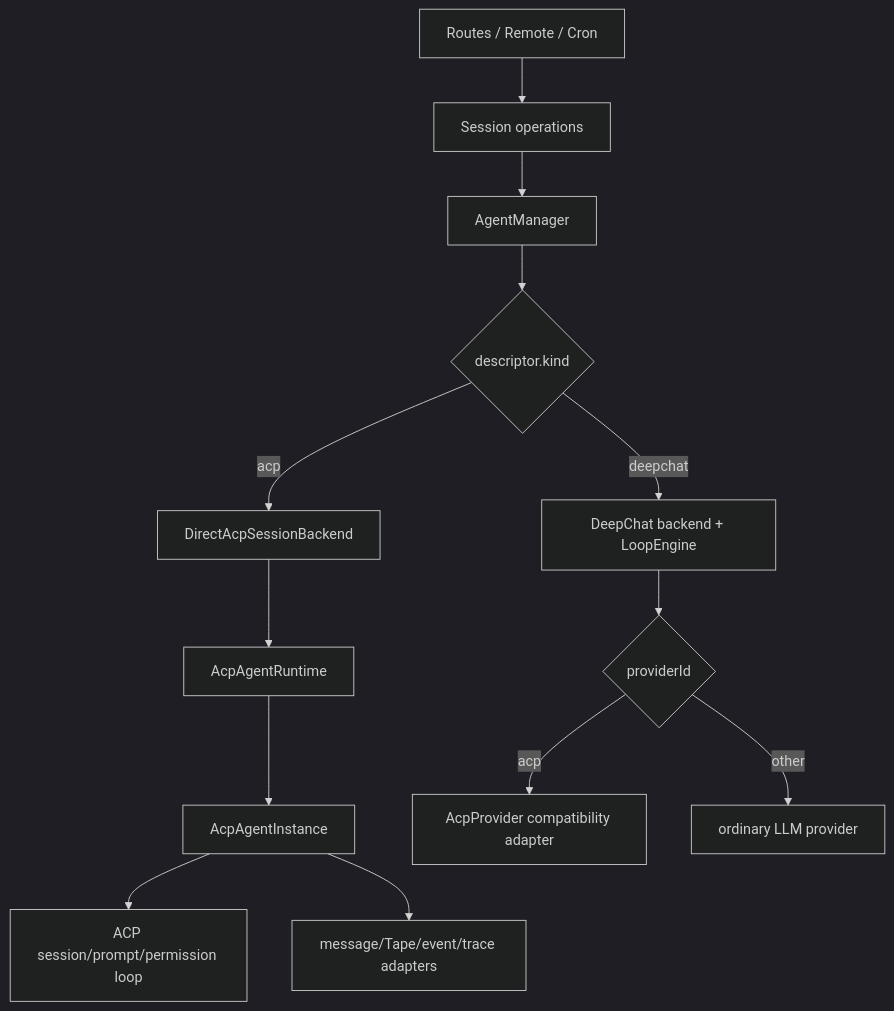
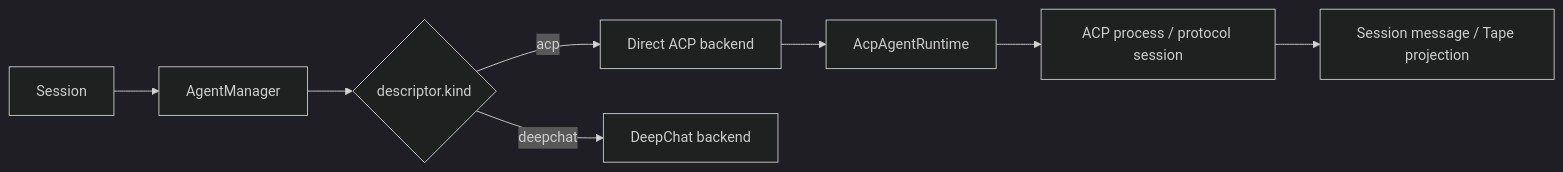
Before and after one commit to ThinkInAIXYZ/deepchat: the fourth of 7 diagrams in docs/FLOWS.md, drawn with Mermaid (dark theme). The commit also changed other lines of this file and 14 other files, not shown here.

Commit message:
docs(architecture): describe final main structure

````diff
--- a/docs/FLOWS.md
+++ b/docs/FLOWS.md
@@ -153,15 +80,10 @@
 ```mermaid
-flowchart TD
-    Entry["Routes / Remote / Cron"] --> App["Session operations"]
-    App --> Manager["AgentManager"]
+flowchart LR
+    Session["Session"] --> Manager["AgentManager"]
     Manager --> Kind{"descriptor.kind"}
-    Kind -->|acp| Direct["DirectAcpSessionBackend"]
-    Direct --> AcpRuntime["AcpAgentRuntime"]
-    AcpRuntime --> AcpInstance["AcpAgentInstance"]
-    AcpInstance --> Protocol["ACP session/prompt/permission loop"]
-    AcpInstance --> Projection["message/Tape/event/trace adapters"]
-    Kind -->|deepchat| Deep["DeepChat backend + LoopEngine"]
-    Deep --> Provider{"providerId"}
-    Provider -->|acp| Compat["AcpProvider compatibility adapter"]
-    Provider -->|other| LLM["ordinary LLM provider"]
+    Kind -->|acp| Direct["Direct ACP backend"]
+    Direct --> Runtime["AcpAgentRuntime"]
+    Runtime --> Process["ACP process / protocol session"]
+    Process --> Projection["Session message / Tape projection"]
+    Kind -->|deepchat| Deep["DeepChat backend"]
 ```
````
